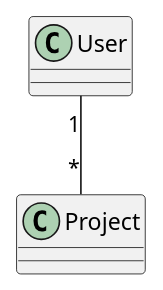
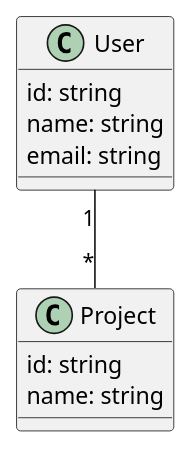
The diagram in packages/domain/README.md (JayClock/autodev-workbench), drawn with PlantUML before and after one commit. The commit also changed 9 other files, not shown here.

Commit message:
feat: add user & project domain

````diff
--- a/packages/domain/README.md
+++ b/packages/domain/README.md
@@ -3,7 +3,14 @@
 ```plantuml
-class User {}
+class User {
+   id: string
+   name: string
+   email: string
+}
 
-class Project {}
+class Project {
+    id: string
+    name: string
+}
 
 User "1" -- "*" Project
 ```
````
